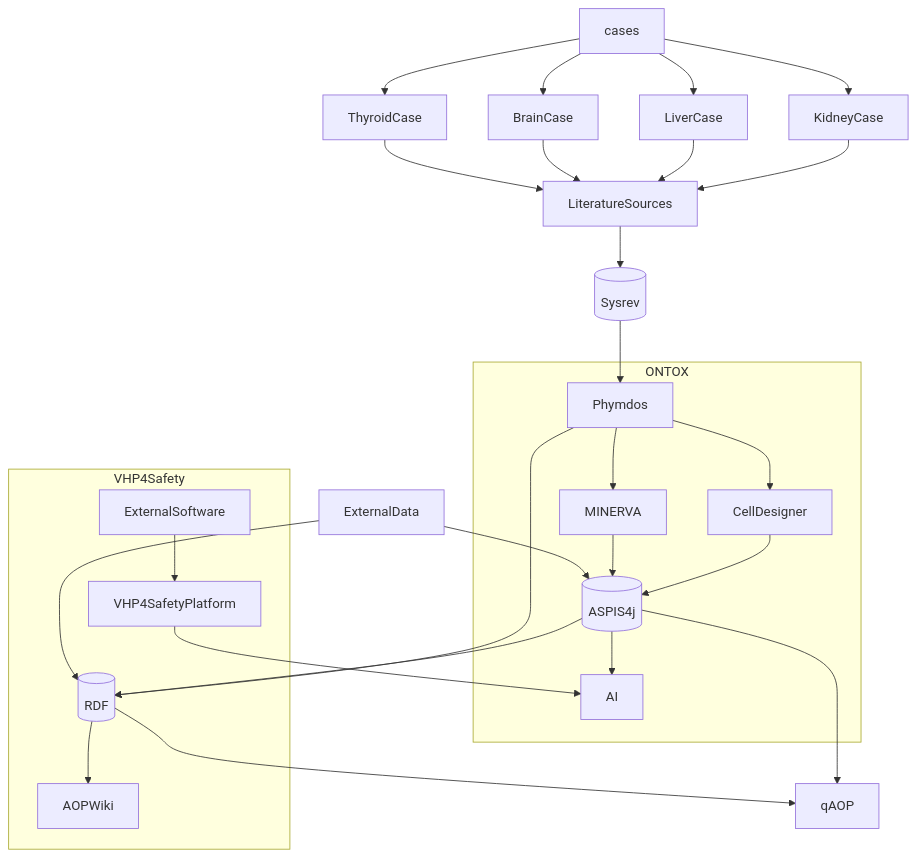
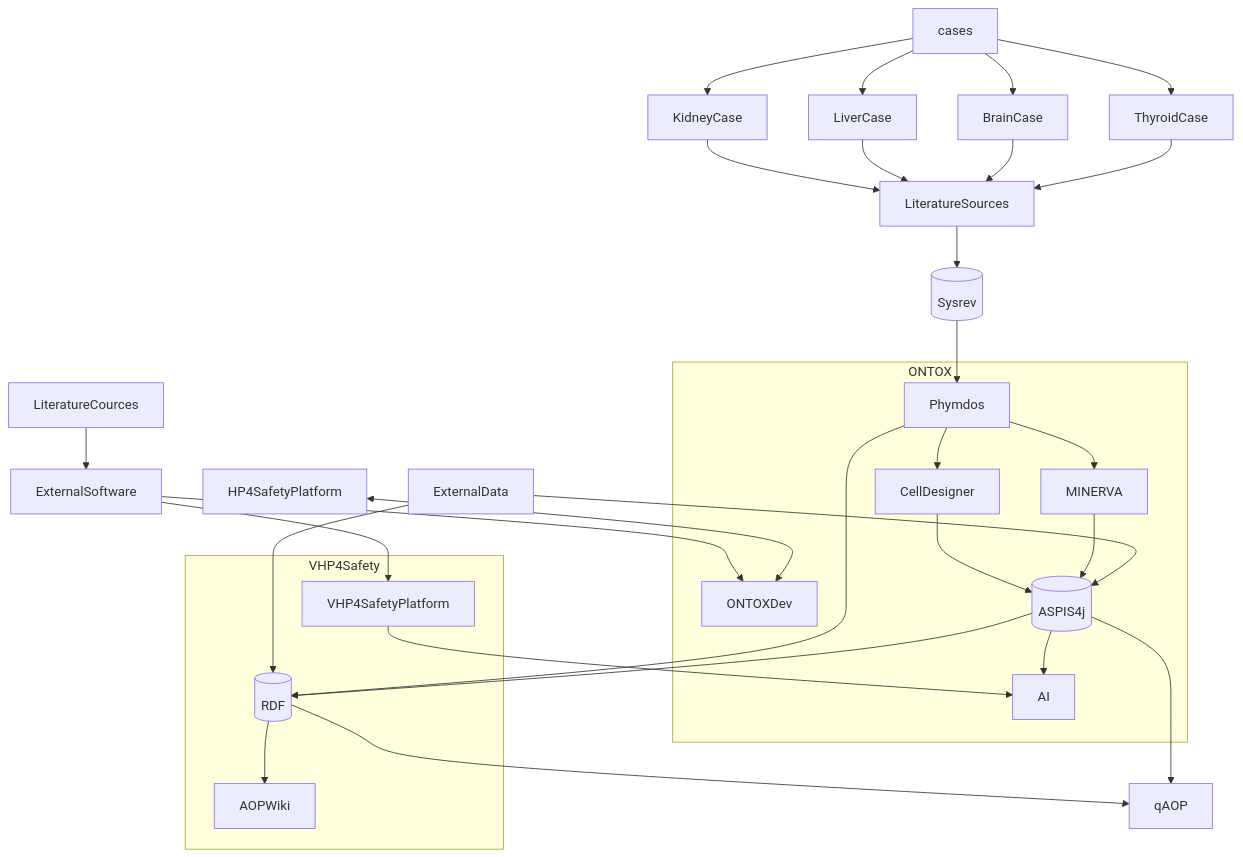
Before and after one commit to ontox-hu/workflows: the diagram in ONTOX-vs-VHP4Safety.md, drawn with Mermaid.

````diff
--- a/ONTOX-vs-VHP4Safety.md
+++ b/ONTOX-vs-VHP4Safety.md
@@ -1,42 +1,47 @@
 ```mermaid
 flowchart TB
 
     cases-->KidneyCase
     cases-->LiverCase
     cases-->BrainCase
     cases-->ThyroidCase
      
     KidneyCase-->LiteratureSources
     LiverCase-->LiteratureSources
     BrainCase-->LiteratureSources
     ThyroidCase-->LiteratureSources
     LiteratureSources-->Sysrev[(Sysrev)]
     Sysrev[(Sysrev)]-->Phymdos
     
     subgraph ONTOX
+    ONTOXDev
     Phymdos-->MINERVA
     Phymdos-->CellDesigner
     
     CellDesigner-->ASPIS4j[(ASPIS4j)]
     MINERVA-->ASPIS4j[(ASPIS4j)]
     ASPIS4j[(ASPIS4j)]-->AI
     
     end
     
     subgraph VHP4Safety
     Phymdos-->RDF[(RDF)]
     RDF[(RDF)]-->AOPWiki
     
-    ExternalSoftware-->VHP4SafetyPlatform
+    VHP4SafetyPlatform
     VHP4SafetyPlatform-->AI
     end
     
+    LiteratureCources-->ExternalSoftware
+    ExternalSoftware-->VHP4SafetyPlatform
+    ExternalSoftware-->ONTOXDev
+    HP4SafetyPlatform<-->ONTOXDev
     ExternalData-->ASPIS4j[(ASPIS4j)]
     RDF[(RDF)]-->qAOP
     ASPIS4j[(ASPIS4j)]-->qAOP
     ASPIS4j[(ASPIS4j)]-->RDF[(RDF)]
     ExternalData-->RDF[(RDF)]
     
     
     
 ```
````
